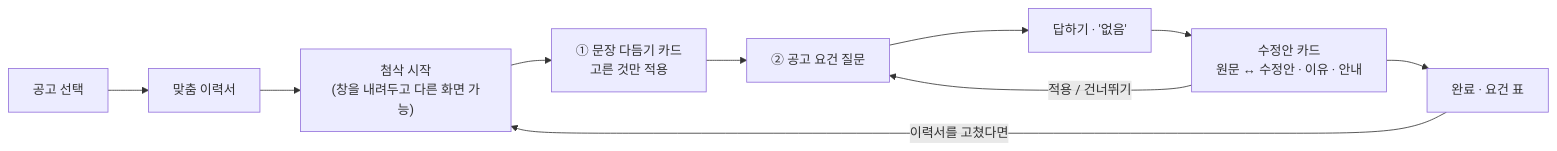
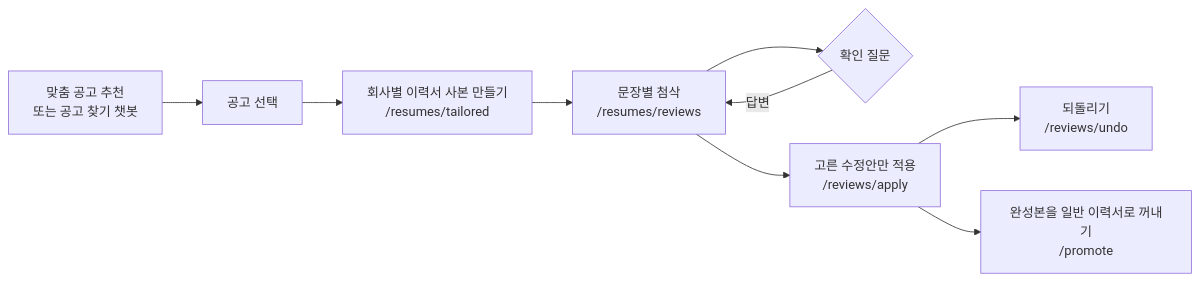
Before and after one commit to SKNETWORKS-FAMILY-AICAMP/SKN34-3rd-2Team: the diagram in cover_letter_rag/README.md, drawn with Mermaid. The commit also changed other lines of this file and 10 other files, not shown here.

````diff
--- a/cover_letter_rag/README.md
+++ b/cover_letter_rag/README.md
@@ -90,12 +14,11 @@
 ```mermaid
 flowchart LR
-  S["공고 선택"] --> T["맞춤 이력서"]
-  T --> O["첨삭 시작<br>(창을 내려두고 다른 화면 가능)"]
-  O --> P["① 문장 다듬기 카드<br>고른 것만 적용"]
-  P --> Q["② 공고 요건 질문"]
-  Q --> A["답하기 · '없음'"]
-  A --> R["수정안 카드<br>원문 ↔ 수정안 · 이유 · 안내"]
-  R -->|적용 / 건너뛰기| Q
-  R --> D["완료 · 요건 표"]
-  D -->|"이력서를 고쳤다면"| O
+  R["맞춤 공고 추천<br>또는 공고 찾기 챗봇"] --> P["공고 선택"]
+  P --> T["회사별 이력서 사본 만들기<br>/resumes/tailored"]
+  T --> V["문장별 첨삭<br>/resumes/reviews"]
+  V --> Q{"확인 질문"}
+  Q -->|답변| V
+  V --> A["고른 수정안만 적용<br>/reviews/apply"]
+  A --> U["되돌리기<br>/reviews/undo"]
+  A --> M["완성본을 일반 이력서로 꺼내기<br>/promote"]
 ```
````
